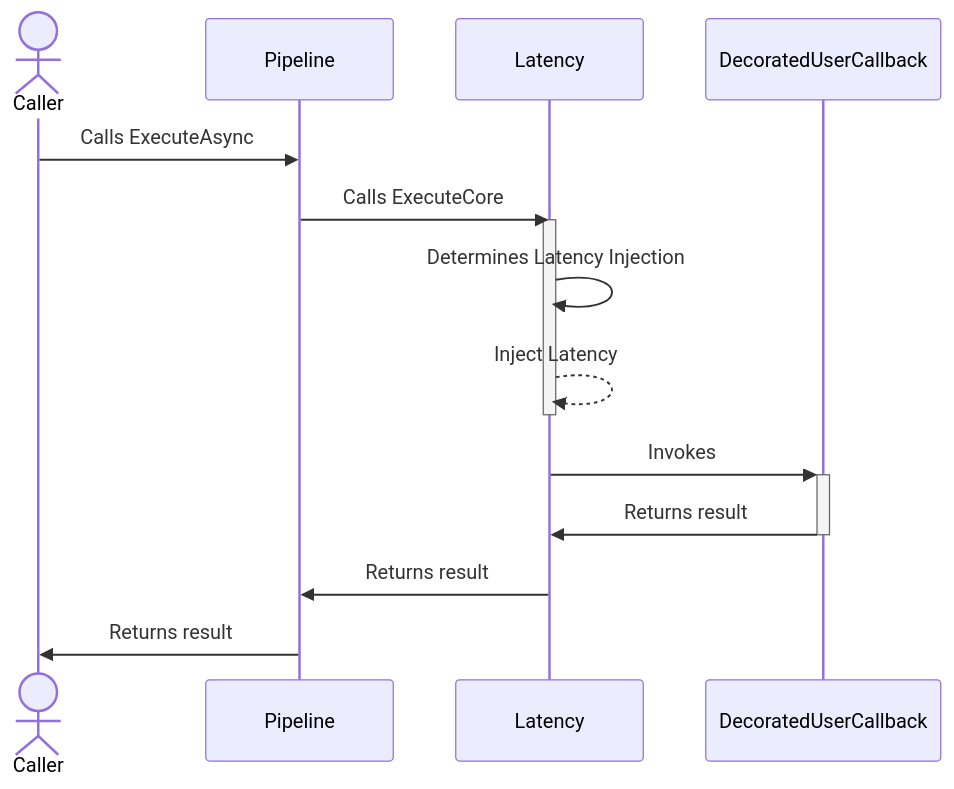
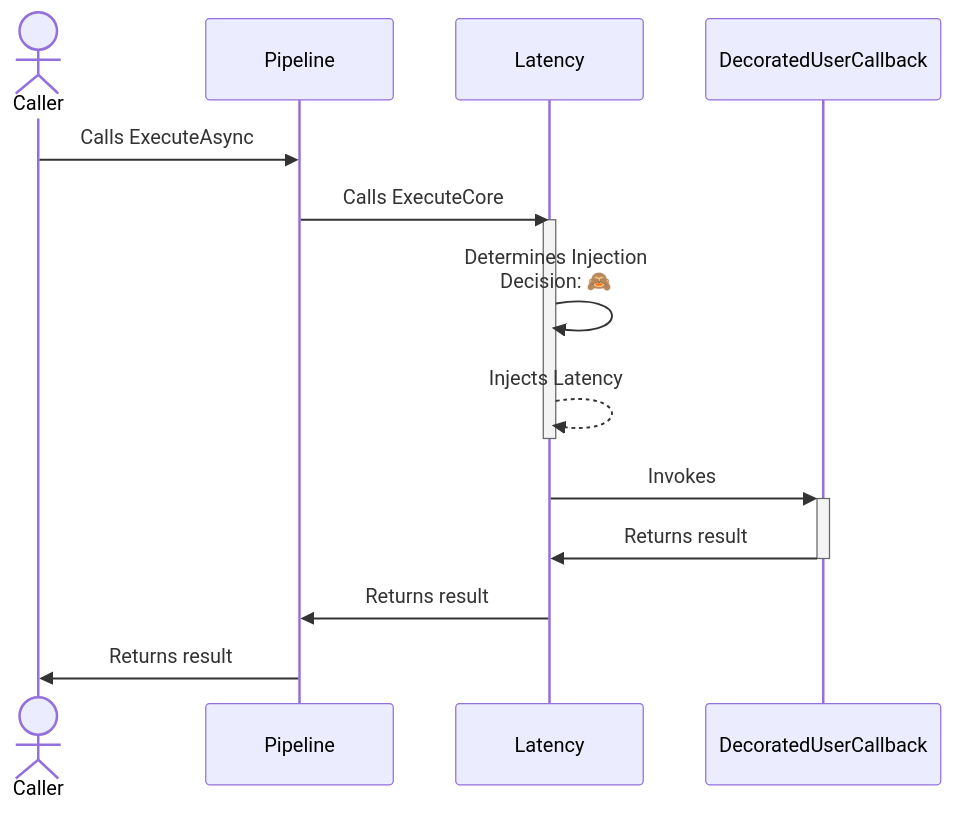
The second of 2 diagrams in docs/chaos/latency.md (App-vNext/Polly), drawn with Mermaid before and after one commit. The commit also changed other lines of this file and 3 other files, not shown here.

````diff
--- a/docs/chaos/latency.md
+++ b/docs/chaos/latency.md
@@ -125,18 +125,18 @@
 ```mermaid
 sequenceDiagram
     actor C as Caller
     participant P as Pipeline
     participant L as Latency
     participant D as DecoratedUserCallback
 
     C->>P: Calls ExecuteAsync
     P->>L: Calls ExecuteCore
     activate L
-    L->>L: Determines Latency Injection
-    L-->>L: Inject Latency
+    L->>L: Determines Injection<br/>Decision: 🙈
+    L-->>L: Injects Latency
     deactivate L
     L->>+D: Invokes
     D->>-L: Returns result
     L->>P: Returns result
     P->>C: Returns result
 ```
````
